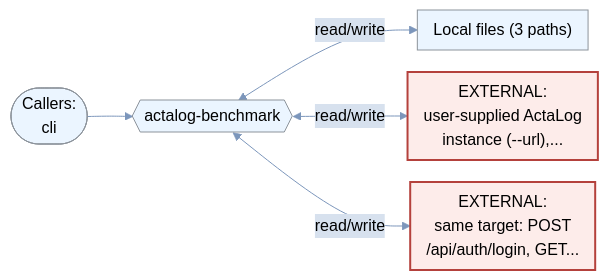
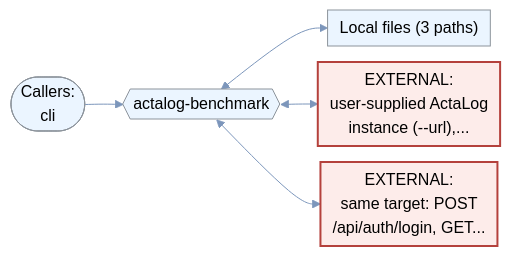
The sixth of 42 diagrams in outputs/johnzastrow_Summary.md (johnzastrow/Roux7375Testresults), drawn with Mermaid before and after one commit. The commit also changed other lines of this file, not shown here.

First line of the commit message:
Enlarge data flow diagram text for letter-size printing

````diff
--- a/outputs/johnzastrow_Summary.md
+++ b/outputs/johnzastrow_Summary.md
@@ -625,14 +625,14 @@
 ```mermaid
-%%{init: {"theme":"base","flowchart":{"useMaxWidth":true,"nodeSpacing":22,"rankSpacing":45,"padding":8},"themeVariables":{"background":"#ffffff","primaryColor":"#ebf5ff","primaryTextColor":"#000000","primaryBorderColor":"#8c939b","lineColor":"#7c96bb","secondaryColor":"#d7e1ee","tertiaryColor":"#c3d2e5","fontFamily":"\"Inter\", \"Noto Sans SC\", sans-serif","fontSize":"14","pie1":"#b4413c","pie2":"#d9893b","pie3":"#7c96bb","pie4":"#73A78D","pie5":"#CB9B7A","pie6":"#6B8CAE","pie7":"#c3d2e5","pie8":"#8c939b"}}}%%
+%%{init: {"theme":"base","flowchart":{"useMaxWidth":true,"nodeSpacing":16,"rankSpacing":38,"padding":6},"themeVariables":{"background":"#ffffff","primaryColor":"#ebf5ff","primaryTextColor":"#000000","primaryBorderColor":"#8c939b","lineColor":"#7c96bb","secondaryColor":"#d7e1ee","tertiaryColor":"#c3d2e5","fontFamily":"\"Inter\", \"Noto Sans SC\", sans-serif","fontSize":"17","pie1":"#b4413c","pie2":"#d9893b","pie3":"#7c96bb","pie4":"#73A78D","pie5":"#CB9B7A","pie6":"#6B8CAE","pie7":"#c3d2e5","pie8":"#8c939b"}}}%%
 flowchart LR
     APP{{"actalog-benchmark"}}
     U(["Callers:<br>cli"]) --> APP
     F1["Local files (3 paths)"]
-    APP <-->|read/write| F1
+    APP <--> F1
     E2["EXTERNAL:<br>user-supplied ActaLog<br>instance (--url),..."]
-    APP <-->|read/write| E2
+    APP <--> E2
     E3["EXTERNAL:<br>same target: POST<br>/api/auth/login, GET..."]
-    APP <-->|read/write| E3
+    APP <--> E3
     class E2,E3 ext
     classDef ext fill:#fdecea,stroke:#b4413c,stroke-width:2px,color:#000000
 ```
````
